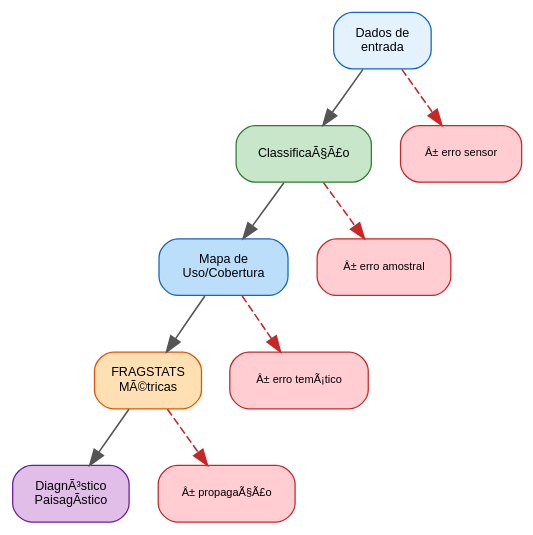
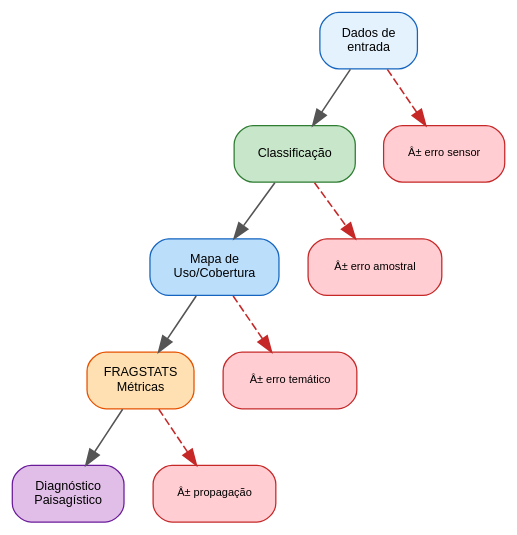
The second of 2 diagrams in aulas/analise_paisagem/aulas/validacao_modelos_paisagem/validacao_modelos_paisagem.qmd (ldvsantos/cv), drawn with Graphviz before and after one commit. The commit also changed other lines of this file and 31 other files, not shown here.

````diff
--- a/aulas/analise_paisagem/aulas/validacao_modelos_paisagem/validacao_modelos_paisagem.qmd
+++ b/aulas/analise_paisagem/aulas/validacao_modelos_paisagem/validacao_modelos_paisagem.qmd
@@ -222,27 +224,27 @@
 ```{dot}
-//| fig-cap: "PropagaÃ§Ã£o de erros do mapa para as mÃ©tricas de paisagem."
+//| fig-cap: "Propagação de erros do mapa para as métricas de paisagem."
 //| fig-width: 5
 digraph {
     rankdir=TB
     bgcolor="transparent"
     node [shape=box, style="rounded,filled", fontname="Helvetica", fontsize=8, margin="0.15,0.08", penwidth=0.8]
     edge [color="#555555", penwidth=1.0]
 
     DADO [label="Dados de\nentrada", fillcolor="#E3F2FD", color="#1565C0"]
-    CLASS [label="ClassificaÃ§Ã£o", fillcolor="#C8E6C9", color="#2E7D32"]
+    CLASS [label="Classificação", fillcolor="#C8E6C9", color="#2E7D32"]
     MAPA [label="Mapa de\nUso/Cobertura", fillcolor="#BBDEFB", color="#1565C0"]
-    FRAG [label="FRAGSTATS\nMÃ©tricas", fillcolor="#FFE0B2", color="#E65100"]
-    DIAG [label="DiagnÃ³stico\nPaisagÃ­stico", fillcolor="#E1BEE7", color="#6A1B9A"]
+    FRAG [label="FRAGSTATS\nMétricas", fillcolor="#FFE0B2", color="#E65100"]
+    DIAG [label="Diagnóstico\nPaisagístico", fillcolor="#E1BEE7", color="#6A1B9A"]
 
     E1 [label="Â± erro sensor", fillcolor="#FFCDD2", color="#C62828", fontsize=7]
     E2 [label="Â± erro amostral", fillcolor="#FFCDD2", color="#C62828", fontsize=7]
-    E3 [label="Â± erro temÃ¡tico", fillcolor="#FFCDD2", color="#C62828", fontsize=7]
-    E4 [label="Â± propagaÃ§Ã£o", fillcolor="#FFCDD2", color="#C62828", fontsize=7]
+    E3 [label="Â± erro temático", fillcolor="#FFCDD2", color="#C62828", fontsize=7]
+    E4 [label="Â± propagação", fillcolor="#FFCDD2", color="#C62828", fontsize=7]
 
     DADO -> CLASS -> MAPA -> FRAG -> DIAG
     DADO -> E1 [style=dashed, color="#C62828"]
     CLASS -> E2 [style=dashed, color="#C62828"]
     MAPA -> E3 [style=dashed, color="#C62828"]
     FRAG -> E4 [style=dashed, color="#C62828"]
 }
 ```
````
